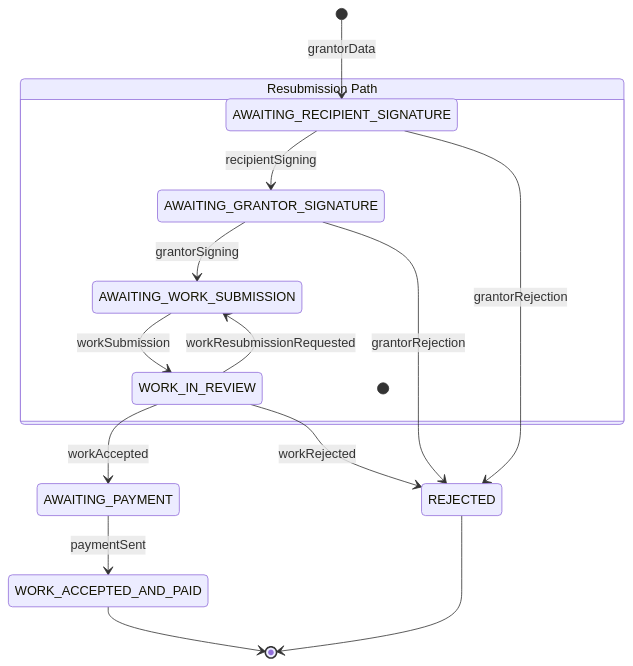
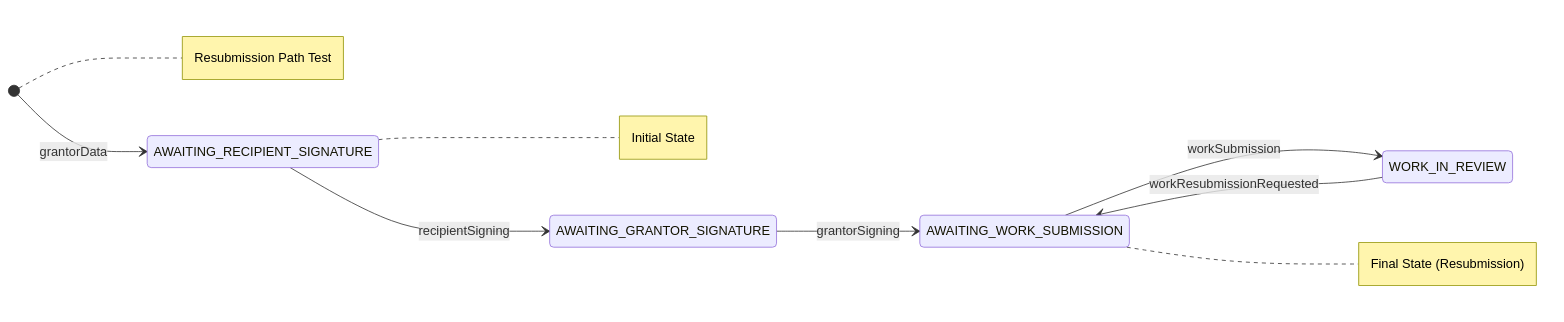
Before and after one commit to Consensys-Network-State/signet-execution-prototype: the second of 5 diagrams in lua-actor/src/dfsm-with-tx.md, drawn with Mermaid. The commit also changed other lines of this file, not shown here.

Commit message:
Trying new syntax for mermaid

````diff
--- a/lua-actor/src/dfsm-with-tx.md
+++ b/lua-actor/src/dfsm-with-tx.md
@@ -40,31 +23,13 @@
 ```mermaid
 stateDiagram-v2
-    state "Resubmission Path" as resubPath
+    direction LR
     [*] --> AWAITING_RECIPIENT_SIGNATURE: grantorData
+    AWAITING_RECIPIENT_SIGNATURE --> AWAITING_GRANTOR_SIGNATURE: recipientSigning
+    AWAITING_GRANTOR_SIGNATURE --> AWAITING_WORK_SUBMISSION: grantorSigning
+    AWAITING_WORK_SUBMISSION --> WORK_IN_REVIEW: workSubmission
+    WORK_IN_REVIEW --> AWAITING_WORK_SUBMISSION: workResubmissionRequested
     
-    AWAITING_RECIPIENT_SIGNATURE --> AWAITING_GRANTOR_SIGNATURE: recipientSigning
-    AWAITING_RECIPIENT_SIGNATURE --> REJECTED: grantorRejection
-    
-    AWAITING_GRANTOR_SIGNATURE --> AWAITING_WORK_SUBMISSION: grantorSigning
-    AWAITING_GRANTOR_SIGNATURE --> REJECTED: grantorRejection
-    
-    AWAITING_WORK_SUBMISSION --> WORK_IN_REVIEW: workSubmission
-    
-    WORK_IN_REVIEW --> AWAITING_WORK_SUBMISSION: workResubmissionRequested
-    WORK_IN_REVIEW --> AWAITING_PAYMENT: workAccepted
-    WORK_IN_REVIEW --> REJECTED: workRejected
-    
-    AWAITING_PAYMENT --> WORK_ACCEPTED_AND_PAID: paymentSent
-    
-    WORK_ACCEPTED_AND_PAID --> [*]
-    REJECTED --> [*]
-
-    state resubPath {
-        [*]
-        AWAITING_RECIPIENT_SIGNATURE
-        AWAITING_GRANTOR_SIGNATURE
-        AWAITING_WORK_SUBMISSION
-        WORK_IN_REVIEW
-        AWAITING_WORK_SUBMISSION
-    }
+    note right of [*]: Resubmission Path Test
+    note right of AWAITING_RECIPIENT_SIGNATURE: Initial State
+    note right of AWAITING_WORK_SUBMISSION: Final State (Resubmission)
 ```
````
